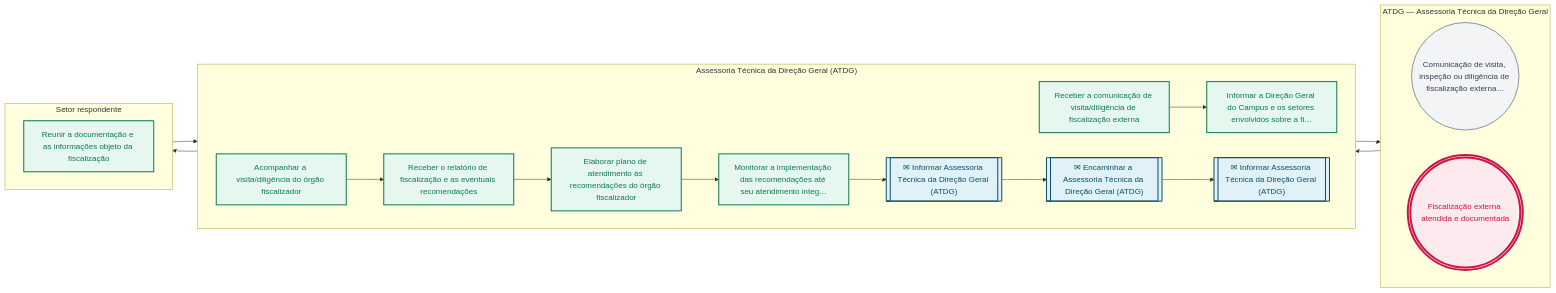
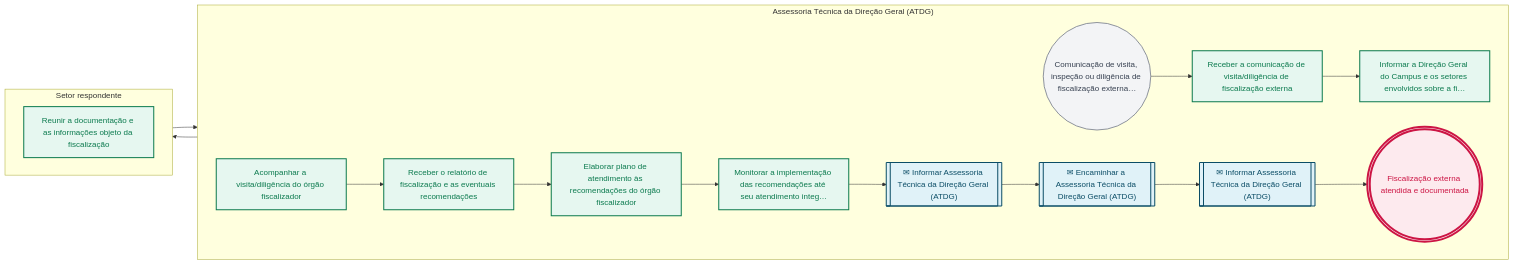
One commit to jessefers/canvas-vivo-atdg changed the second of 2 diagrams in pops/CTR/CTR-04.md. Above: the diagram before and after it, drawn with Mermaid. The commit also changed other lines of this file and 107 other files, not shown here.

````diff
--- a/pops/CTR/CTR-04.md
+++ b/pops/CTR/CTR-04.md
@@ -149,45 +149,42 @@
 ```mermaid
 flowchart LR
-  subgraph R1["ATDG — Assessoria Técnica da Direção Geral"]
+  subgraph R1["Assessoria Técnica da Direção Geral (ATDG)"]
     direction LR
     e1(("Comunicação de visita, inspeção ou diligência de fiscalização externa…"))
-    e12((("Fiscalização externa atendida e documentada")))
-  end
-  subgraph R2["Assessoria Técnica da Direção Geral (ATDG)"]
-    direction LR
     e2["Receber a comunicação de visita/diligência de fiscalização externa"]
     e3["Informar a Direção Geral do Campus e os setores envolvidos sobre a fi…"]
     e5["Acompanhar a visita/diligência do órgão fiscalizador"]
     e6["Receber o relatório de fiscalização e as eventuais recomendações"]
     e7["Elaborar plano de atendimento às recomendações do órgão fiscalizador"]
     e8["Monitorar a implementação das recomendações até seu atendimento integ…"]
     e9[["✉ Informar Assessoria Técnica da Direção Geral (ATDG)"]]
     e10[["✉ Encaminhar a Assessoria Técnica da Direção Geral (ATDG)"]]
     e11[["✉ Informar Assessoria Técnica da Direção Geral (ATDG)"]]
+    e12((("Fiscalização externa atendida e documentada")))
   end
-  subgraph R3["Setor respondente"]
+  subgraph R2["Setor respondente"]
     direction LR
     e4["Reunir a documentação e as informações objeto da fiscalização"]
   end
   e1 --> e2
   e2 --> e3
   e3 --> e4
   e4 --> e5
   e5 --> e6
   e6 --> e7
   e7 --> e8
   e8 --> e9
   e9 --> e10
   e10 --> e11
   e11 --> e12
   classDef inicio fill:#f3f4f6,stroke:#6b7280,stroke-width:1.5px,color:#374151
   classDef atividade fill:#E6F7F0,stroke:#0B7A4E,stroke-width:2px,color:#0B7A4E
   classDef decisao fill:#FFF4ED,stroke:#C9783A,stroke-width:2px,color:#C9783A
   classDef fim fill:#FDEAEE,stroke:#CC1544,stroke-width:4px,color:#CC1544
   classDef pausa fill:#FDEAEE,stroke:#CC1544,stroke-width:2px,color:#CC1544
   classDef captura fill:#E0F2F8,stroke:#0B4D66,stroke-width:2px,color:#0B4D66
   class e1 inicio
   class e2,e3,e4,e5,e6,e7,e8 atividade
   class e9,e10,e11 captura
   class e12 fim
 ```
````
